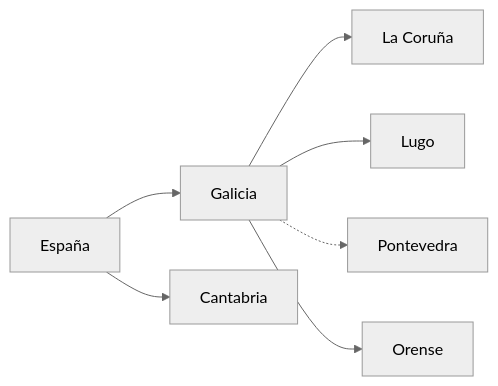
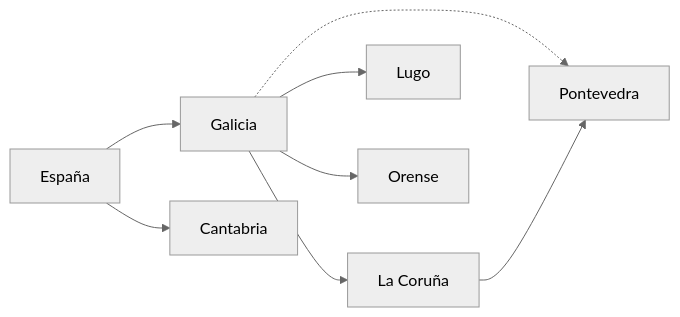
One commit to roberto889/SW changed the first of 2 diagrams in mermaid/ejemplo.md. Above: the diagram before and after it, drawn with Mermaid (neutral theme).

Commit message:
ñ

````diff
--- a/mermaid/ejemplo.md
+++ b/mermaid/ejemplo.md
@@ -7,10 +7,12 @@
 ```mermaid
 graph LR
 
 Galicia --> 1[La Coruña] 
 Galicia --> 2[Lugo]
 Galicia -.-> 3[Pontevedra] 
 Galicia --> 4[Orense] 
 España --> Galicia
 España --> Cantabria
+
+1 --> 3
 ```
````
